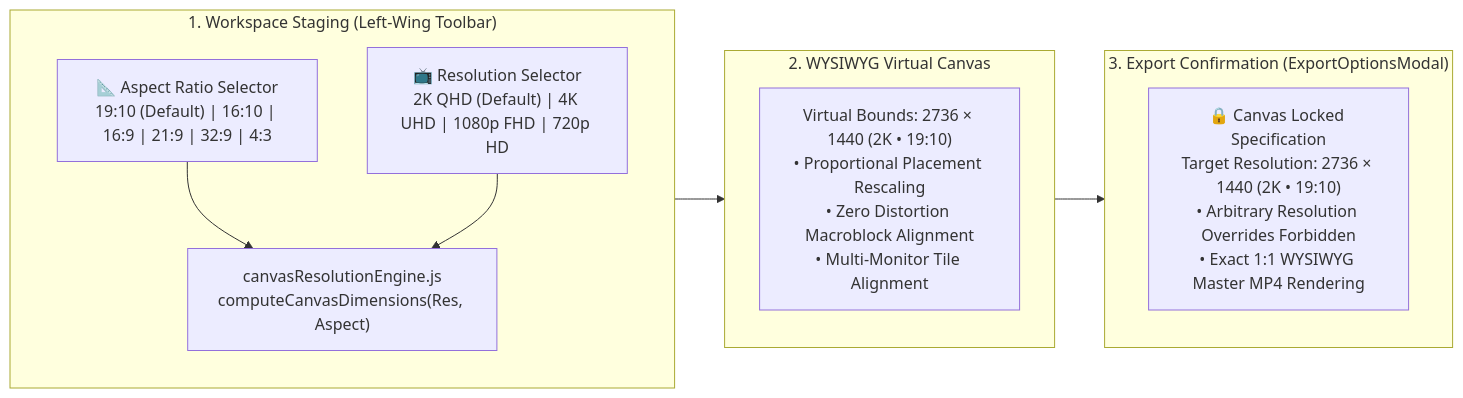
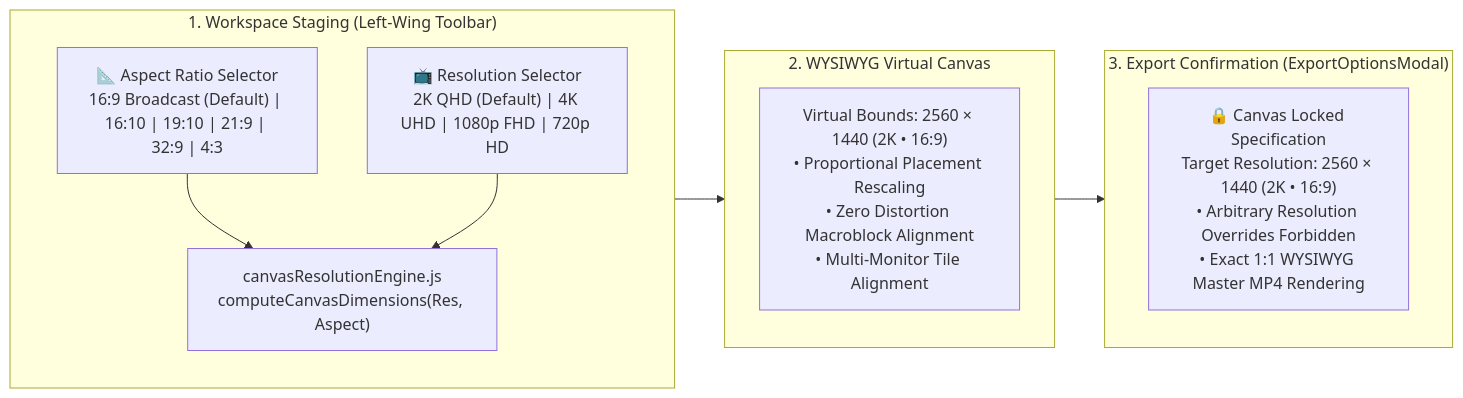
The fifth of 5 diagrams in SYSTEM_BOOK.md (shalevohad/Screen-recorder), drawn with Mermaid before and after one commit. The commit also changed other lines of this file and 6 other files, not shown here.

Commit message:
fix(canvas): set 16:9 as default aspect ratio with 2K resolution (2560x1440)

````diff
--- a/SYSTEM_BOOK.md
+++ b/SYSTEM_BOOK.md
@@ -3387,23 +3387,23 @@
 ```mermaid
 flowchart LR
     subgraph Staging["1. Workspace Staging (Left-Wing Toolbar)"]
         direction TB
-        AR["📐 Aspect Ratio Selector<br/>19:10 (Default) | 16:10 | 16:9 | 21:9 | 32:9 | 4:3"]
+        AR["📐 Aspect Ratio Selector<br/>16:9 Broadcast (Default) | 16:10 | 19:10 | 21:9 | 32:9 | 4:3"]
         RES["📺 Resolution Selector<br/>2K QHD (Default) | 4K UHD | 1080p FHD | 720p HD"]
         ENGINE["canvasResolutionEngine.js<br/>computeCanvasDimensions(Res, Aspect)"]
         AR --> ENGINE
         RES --> ENGINE
     end
 
     subgraph Canvas["2. WYSIWYG Virtual Canvas"]
         direction TB
-        VIRTUAL["Virtual Bounds: 2736 × 1440 (2K • 19:10)<br/>• Proportional Placement Rescaling<br/>• Zero Distortion Macroblock Alignment<br/>• Multi-Monitor Tile Alignment"]
+        VIRTUAL["Virtual Bounds: 2560 × 1440 (2K • 16:9)<br/>• Proportional Placement Rescaling<br/>• Zero Distortion Macroblock Alignment<br/>• Multi-Monitor Tile Alignment"]
         ENGINE --> VIRTUAL
     end
 
     subgraph Export["3. Export Confirmation (ExportOptionsModal)"]
         direction TB
-        LOCK["🔒 Canvas Locked Specification<br/>Target Resolution: 2736 × 1440 (2K • 19:10)<br/>• Arbitrary Resolution Overrides Forbidden<br/>• Exact 1:1 WYSIWYG Master MP4 Rendering"]
+        LOCK["🔒 Canvas Locked Specification<br/>Target Resolution: 2560 × 1440 (2K • 16:9)<br/>• Arbitrary Resolution Overrides Forbidden<br/>• Exact 1:1 WYSIWYG Master MP4 Rendering"]
         VIRTUAL --> LOCK
     end
 ```
````
